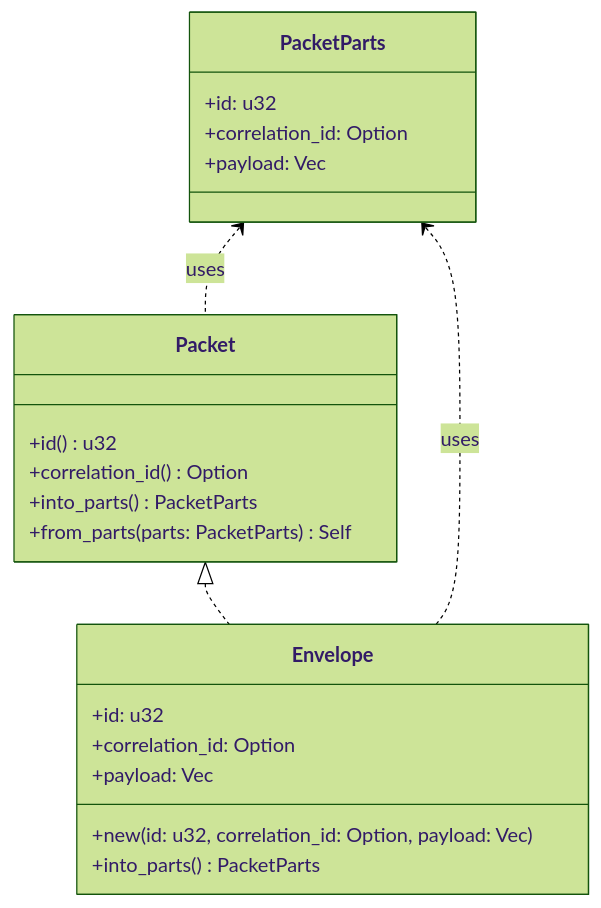
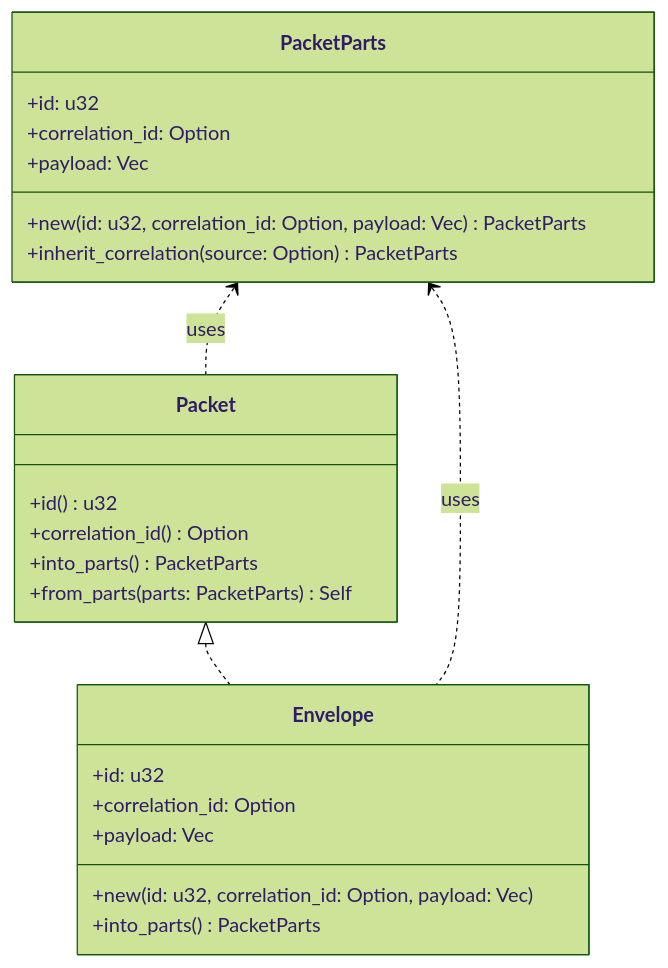
One commit to leynos/wireframe changed the fourth of 6 diagrams in docs/rust-binary-router-library-design.md. Above: the diagram before and after it, drawn with Mermaid (forest theme). The commit also changed 4 other files, not shown here.

````diff
--- a/docs/rust-binary-router-library-design.md
+++ b/docs/rust-binary-router-library-design.md
@@ -507,24 +507,26 @@
 ```mermaid
 classDiagram
     class Packet {
         +id() u32
         +correlation_id() Option<u64>
         +into_parts() PacketParts
         +from_parts(parts: PacketParts) Self
     }
     class PacketParts {
         +id: u32
         +correlation_id: Option<u64>
         +payload: Vec<u8>
+        +new(id: u32, correlation_id: Option<u64>, payload: Vec<u8>) PacketParts
+        +inherit_correlation(source: Option<u64>) PacketParts
     }
     class Envelope {
         +id: u32
         +correlation_id: Option<u64>
         +payload: Vec<u8>
         +new(id: u32, correlation_id: Option<u64>, payload: Vec<u8>)
         +into_parts() PacketParts
     }
     Packet <|.. Envelope
     PacketParts <.. Envelope : uses
     PacketParts <.. Packet : uses
 ```
````
